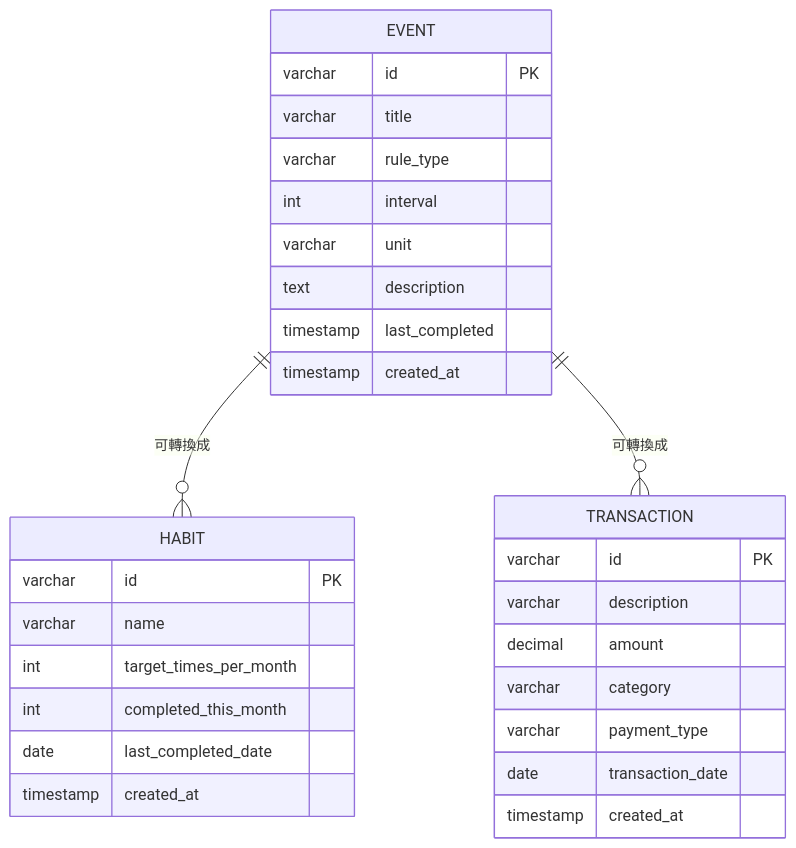
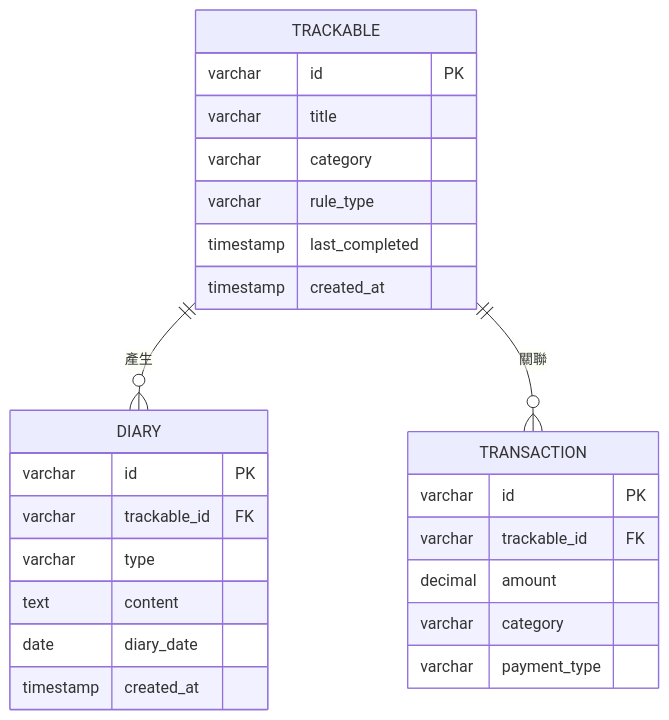
Before and after one commit to haginoonsakura-tech/java-butler: the second of 2 diagrams in README.md, drawn with Mermaid. The commit also changed other lines of this file, not shown here.

Commit message:
docs: 優化系統架構 Class Diagram（補完整版）

````diff
--- a/README.md
+++ b/README.md
@@ -84,35 +103,31 @@
 ```mermaid
 erDiagram
-    EVENT ||--o{ HABIT : "可轉換成"
-    EVENT ||--o{ TRANSACTION : "可轉換成"
-    
-    EVENT {
+    TRACKABLE ||--o{ DIARY : "產生"
+    TRACKABLE ||--o{ TRANSACTION : "關聯"
+
+    TRACKABLE {
         varchar id PK
         varchar title
+        varchar category
         varchar rule_type
-        int interval
-        varchar unit
-        text description
         timestamp last_completed
         timestamp created_at
     }
 
-    HABIT {
+    DIARY {
         varchar id PK
-        varchar name
-        int target_times_per_month
-        int completed_this_month
-        date last_completed_date
+        varchar trackable_id FK
+        varchar type
+        text content
+        date diary_date
         timestamp created_at
     }
 
     TRANSACTION {
         varchar id PK
-        varchar description
+        varchar trackable_id FK
         decimal amount
         varchar category
         varchar payment_type
-        date transaction_date
-        timestamp created_at
     }
 ```
````
